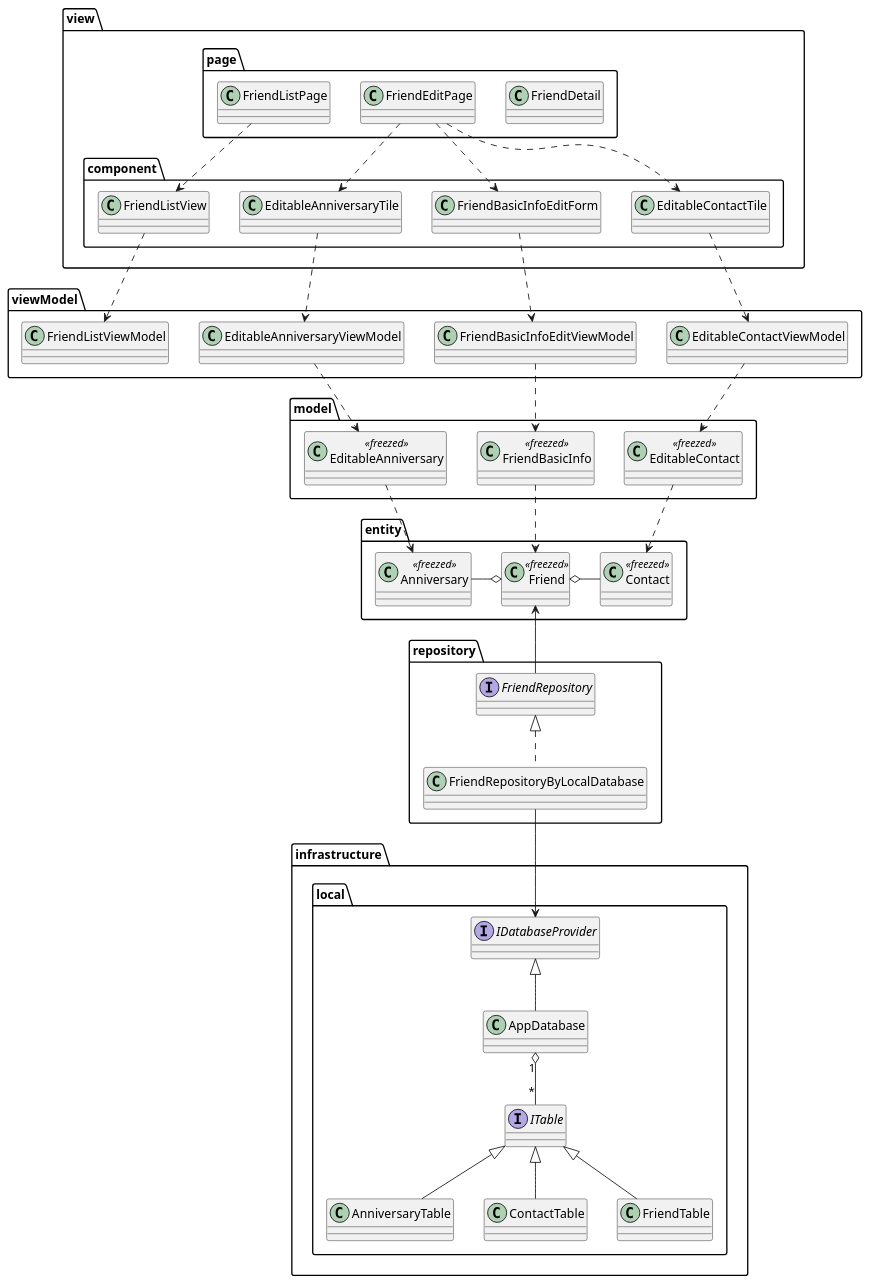
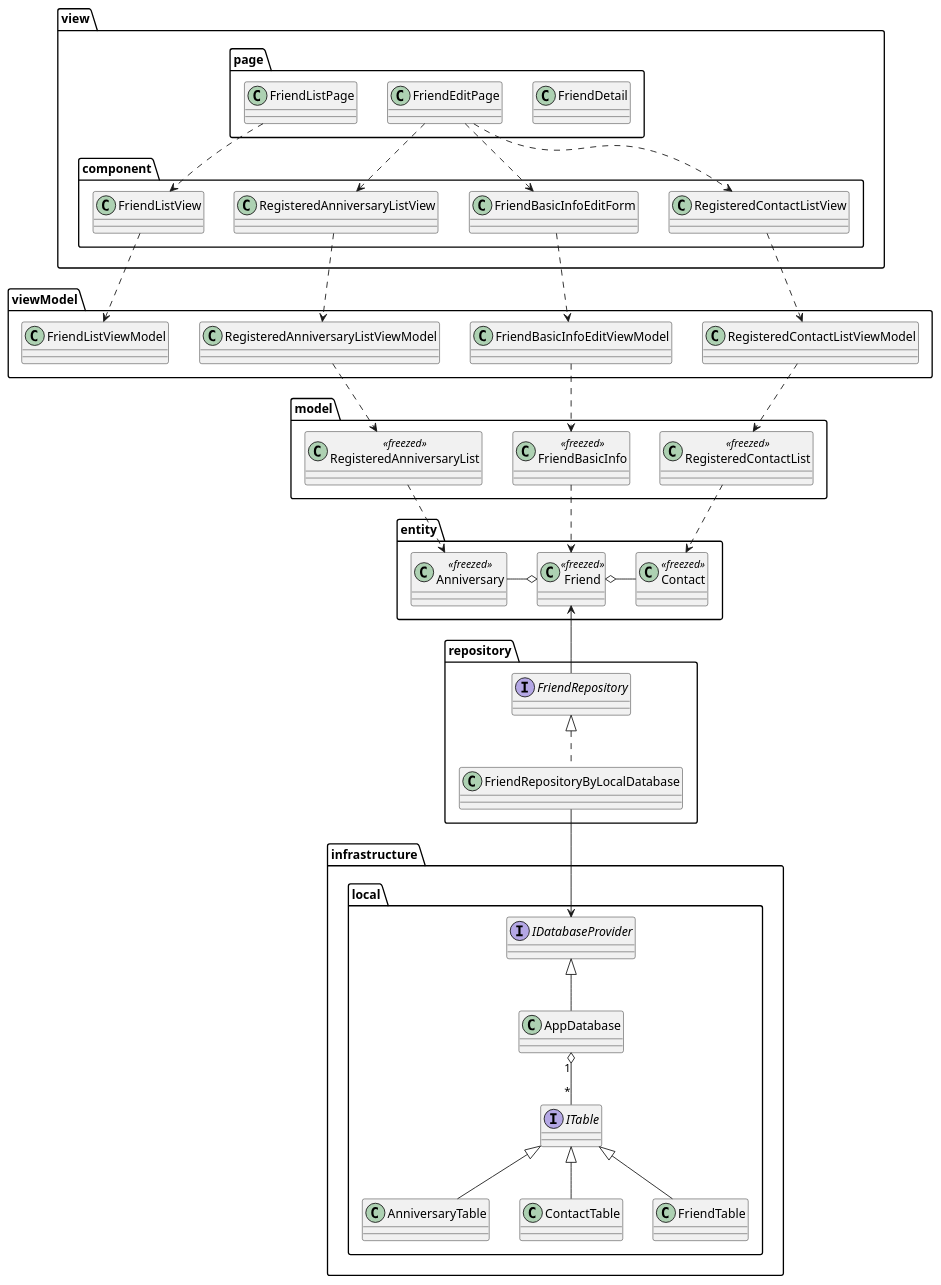
The diagram in uml/class_diagram.pu (nmskm240/friend_list), drawn with PlantUML before and after one commit. The commit also changed 19 other files, not shown here.

```diff
--- a/uml/class_diagram.pu
+++ b/uml/class_diagram.pu
@@ -1,88 +1,88 @@
 @startuml
 
 package view {
     package page {
         class FriendDetail
         class FriendEditPage
         class FriendListPage
     }
 
     package component {
         class FriendListView
         class FriendBasicInfoEditForm
-        class EditableAnniversaryTile
-        class EditableContactTile
+        class RegisteredAnniversaryListView
+        class RegisteredContactListView
     }
 }
 
 package viewModel {
     class FriendListViewModel
     class FriendBasicInfoEditViewModel
-    class EditableAnniversaryViewModel
-    class EditableContactViewModel
+    class RegisteredAnniversaryListViewModel
+    class RegisteredContactListViewModel
 }
 
 package model {
     class FriendBasicInfo<<freezed>>
-    class EditableAnniversary<<freezed>>
-    class EditableContact<<freezed>>
+    class RegisteredAnniversaryList<<freezed>>
+    class RegisteredContactList<<freezed>>
 }
 
 
 package repository {
     interface FriendRepository
     class FriendRepositoryByLocalDatabase
 }
 
 package entity {
     class Anniversary<<freezed>>
     class Contact<<freezed>>
     class Friend<<freezed>>
 }
 
 package infrastructure {
     package local {
         class AnniversaryTable
         class AppDatabase
         class ContactTable
         class FriendTable
         interface IDatabaseProvider
         interface ITable
     }
 }
 
 FriendListView ..> FriendListViewModel
 
 FriendListPage ..> FriendListView
 FriendEditPage ..> FriendBasicInfoEditForm
-FriendEditPage ..> EditableAnniversaryTile
-FriendEditPage ..> EditableContactTile
+FriendEditPage ..> RegisteredAnniversaryListView
+FriendEditPage ..> RegisteredContactListView
 
 FriendBasicInfoEditForm ..> FriendBasicInfoEditViewModel
-EditableAnniversaryTile ..> EditableAnniversaryViewModel
-EditableContactTile ..> EditableContactViewModel
+RegisteredAnniversaryListView ..> RegisteredAnniversaryListViewModel
+RegisteredContactListView ..> RegisteredContactListViewModel
 
 FriendBasicInfoEditViewModel ..> FriendBasicInfo
-EditableAnniversaryViewModel ..> EditableAnniversary
-EditableContactViewModel ..> EditableContact
+RegisteredAnniversaryListViewModel ..> RegisteredAnniversaryList
+RegisteredContactListViewModel ..> RegisteredContactList
 
 FriendBasicInfo ..> Friend
-EditableAnniversary ..> Anniversary
-EditableContact ..> Contact
+RegisteredAnniversaryList ..> Anniversary
+RegisteredContactList ..> Contact
 
 Friend o-left- Anniversary
 Friend o- Contact
 
 Friend <-- FriendRepository
 
 FriendRepository <|.. FriendRepositoryByLocalDatabase
 
 FriendRepositoryByLocalDatabase --> IDatabaseProvider
 
 ITable <|-- AnniversaryTable
 ITable <|-- ContactTable
 ITable <|-- FriendTable
 AppDatabase "1" o-- "*" ITable
 IDatabaseProvider <|-- AppDatabase
 
 @enduml
```
